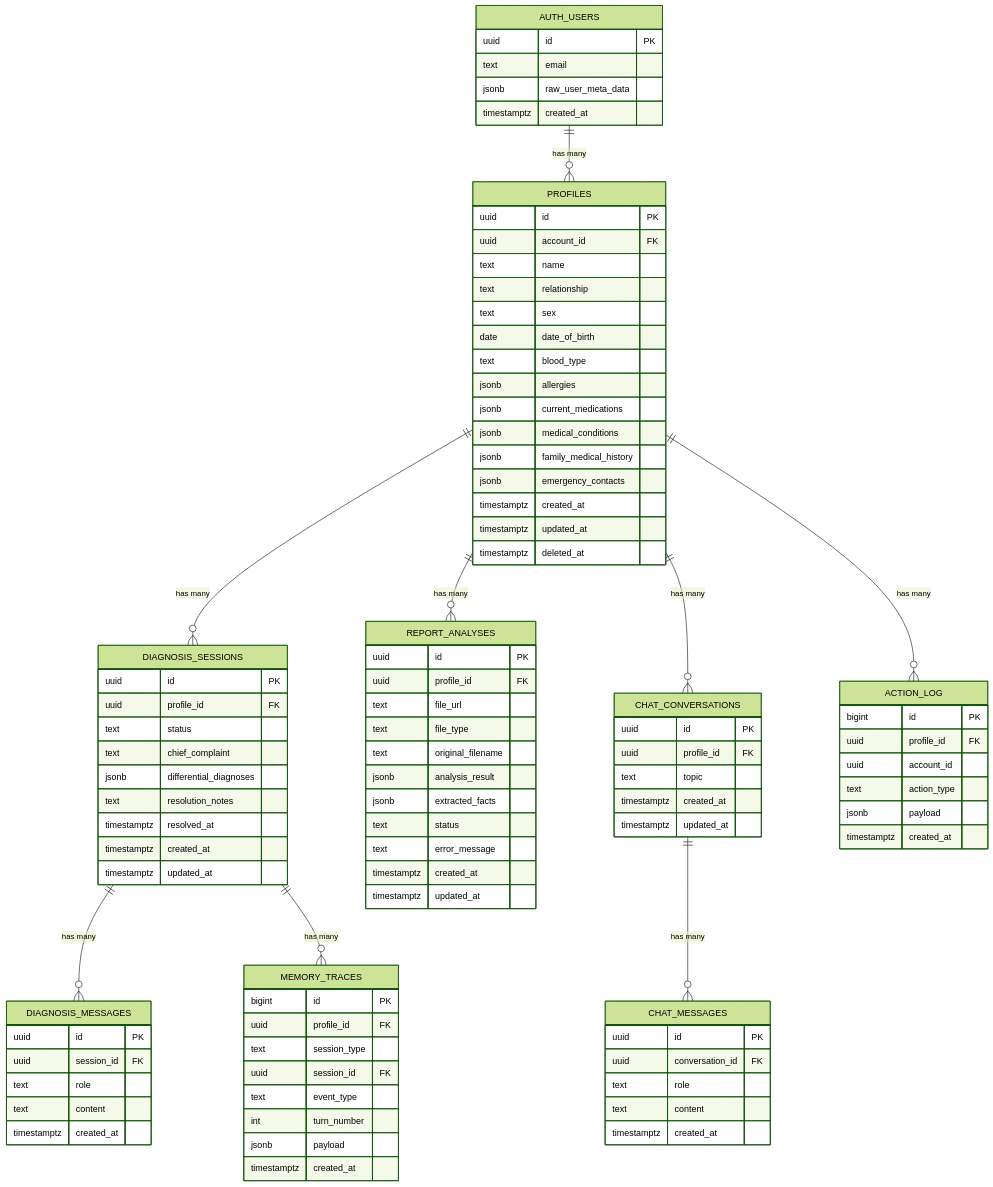
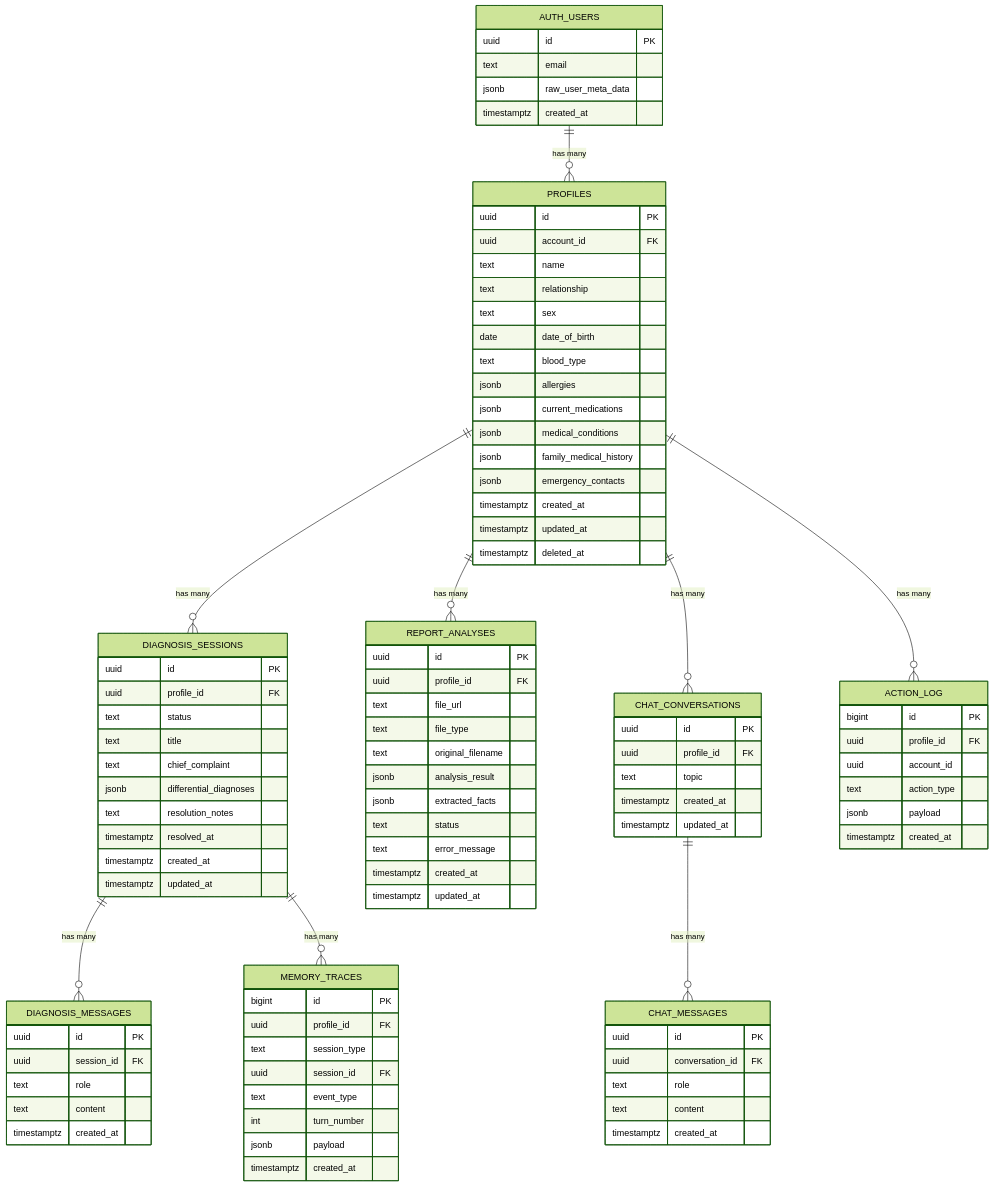
One commit to ArthurZhang2408/familyhealth-ai changed the second of 7 diagrams in docs/ARCHITECTURE.md. Above: the diagram before and after it, drawn with Mermaid (forest theme). The commit also changed other lines of this file and 22 other files, not shown here.

```diff
--- a/docs/ARCHITECTURE.md
+++ b/docs/ARCHITECTURE.md
@@ -151,6 +151,7 @@
         uuid id PK
         uuid profile_id FK
         text status
+        text title
         text chief_complaint
         jsonb differential_diagnoses
         text resolution_notes
```
